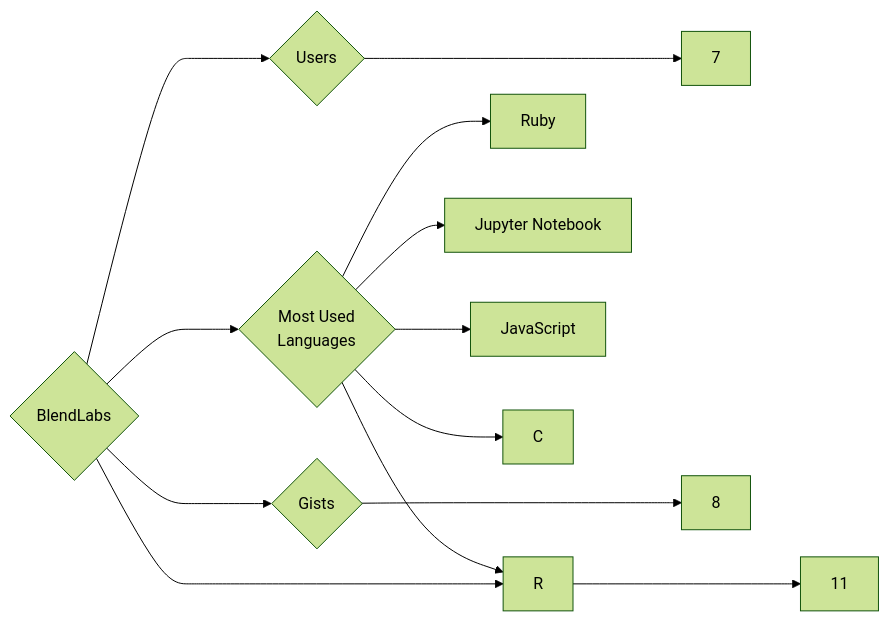
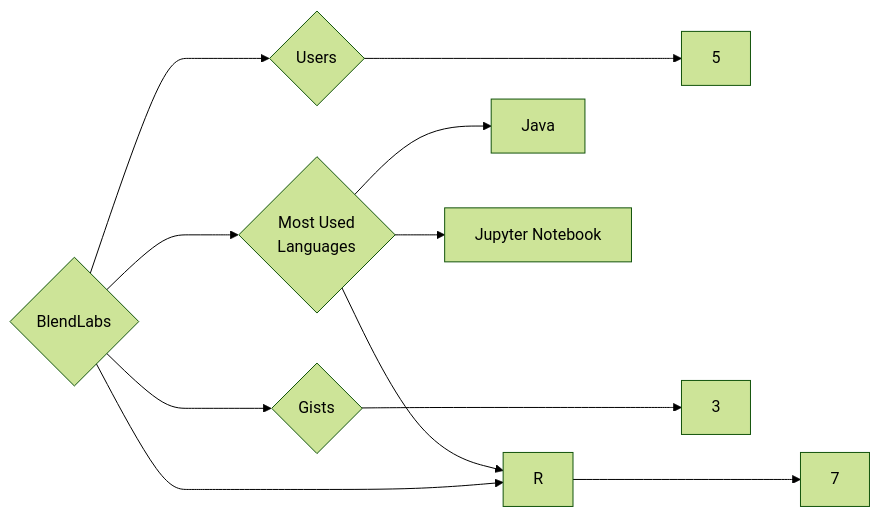
The diagram in targets/BlendLabs/README.md (trickest/insiders), drawn with Mermaid (forest theme) before and after one commit. The commit also changed 1123 other files, not shown here.

````diff
--- a/targets/BlendLabs/README.md
+++ b/targets/BlendLabs/README.md
@@ -3,13 +3,11 @@
 ```mermaid
 graph LR
 COMPANY_NAME{BlendLabs}
-COMPANY_NAME ---> U{Users} ---> UN[7]
-COMPANY_NAME ---> R{Repositories} ---> RN[11]
-COMPANY_NAME ---> G{Gists} ---> GN[8]
+COMPANY_NAME ---> U{Users} ---> UN[5]
+COMPANY_NAME ---> R{Repositories} ---> RN[7]
+COMPANY_NAME ---> G{Gists} ---> GN[3]
 COMPANY_NAME ---> ML{Most Used<br>Languages}
-ML --> Ruby[Ruby]
+ML --> Java[Java]
 ML --> R[R]
 ML --> Jupyter_Notebook[Jupyter Notebook]
-ML --> JavaScript[JavaScript]
-ML --> C[C]
 ```
````
